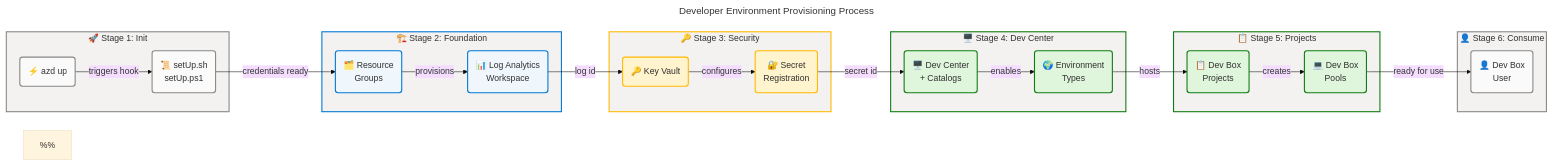
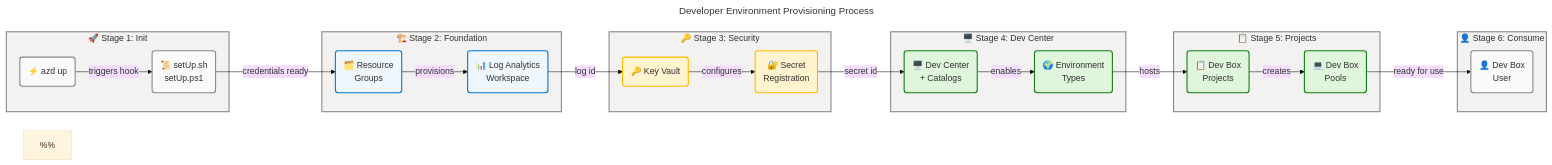
The third of 5 diagrams in docs/architecture/bus-arch.md (Evilazaro/DevExp-DevBox), drawn with Mermaid before and after one commit. The commit also changed other lines of this file and 3 other files, not shown here.

Commit message:
Refactor resource tables in tech-arch.md for improved readability and consistency; update color styles in flowcharts for better visual coherence.

````diff
--- a/docs/architecture/bus-arch.md
+++ b/docs/architecture/bus-arch.md
@@ -553,79 +553,79 @@
 ```mermaid
 ---
 title: "Developer Environment Provisioning Process"
 config:
   theme: base
   look: classic
   layout: dagre
   themeVariables:
     fontSize: '16px'
   flowchart:
     htmlLabels: true
 ---
 flowchart LR
     accTitle: Developer Environment Provisioning Business Process
     accDescr: Six-stage sequential provisioning flow from azd up command through credential setup, resource group creation, Log Analytics, Key Vault, Dev Center, projects and pools, to developer consumption. Nodes: T1=neutral, T2=neutral, F1=core, F2=core, S1=warning, S2=warning, W1=success, W2=success, P1=success, P2=success, D1=neutral. WCAG AA compliant.
 
     %%
     %% AZURE / FLUENT ARCHITECTURE PATTERN v2.0
     %% (Semantic + Structural + Font + Accessibility Governance)
     %%
     %% PHASE 1 - FLUENT UI: All styling uses approved Fluent UI palette only
     %% PHASE 2 - GROUPS: Every subgraph has semantic color via style directive
     %% PHASE 3 - COMPONENTS: Every node has semantic classDef + icon prefix
     %% PHASE 4 - ACCESSIBILITY: accTitle/accDescr present, WCAG AA contrast
     %% PHASE 5 - STANDARD: Governance block present, classDefs centralized
     %%
 
     subgraph init["🚀 Stage 1: Init"]
         T1("⚡ azd up"):::neutral
         T2("📜 setUp.sh<br/>setUp.ps1"):::neutral
     end
 
     subgraph found["🏗️ Stage 2: Foundation"]
         F1("🗂️ Resource<br/>Groups"):::core
         F2("📊 Log Analytics<br/>Workspace"):::core
     end
 
     subgraph secu["🔑 Stage 3: Security"]
         S1("🔑 Key Vault"):::warning
         S2("🔐 Secret<br/>Registration"):::warning
     end
 
     subgraph wl["🖥️ Stage 4: Dev Center"]
         W1("🖥️ Dev Center<br/>+ Catalogs"):::success
         W2("🌍 Environment<br/>Types"):::success
     end
 
     subgraph proj["📋 Stage 5: Projects"]
         P1("📋 Dev Box<br/>Projects"):::success
         P2("💻 Dev Box<br/>Pools"):::success
     end
 
     subgraph consume["👤 Stage 6: Consume"]
         D1("👤 Dev Box<br/>User"):::neutral
     end
 
     T1 -->|triggers hook| T2
     T2 -->|credentials ready| F1
     F1 -->|provisions| F2
     F2 -->|log id| S1
     S1 -->|configures| S2
     S2 -->|secret id| W1
     W1 -->|enables| W2
     W2 -->|hosts| P1
     P1 -->|creates| P2
     P2 -->|ready for use| D1
 
     classDef core fill:#EFF6FC,stroke:#0078D4,stroke-width:2px,color:#323130
     classDef success fill:#DFF6DD,stroke:#107C10,stroke-width:2px,color:#323130
     classDef neutral fill:#FAFAFA,stroke:#8A8886,stroke-width:2px,color:#323130
     classDef warning fill:#FFF4CE,stroke:#FFB900,stroke-width:2px,color:#323130
 
     style init fill:#F3F2F1,stroke:#8A8886,stroke-width:2px,color:#323130
-    style found fill:#F3F2F1,stroke:#0078D4,stroke-width:2px,color:#323130
-    style secu fill:#F3F2F1,stroke:#FFB900,stroke-width:2px,color:#323130
-    style wl fill:#F3F2F1,stroke:#107C10,stroke-width:2px,color:#323130
-    style proj fill:#F3F2F1,stroke:#107C10,stroke-width:2px,color:#323130
+    style found fill:#F3F2F1,stroke:#8A8886,stroke-width:2px,color:#323130
+    style secu fill:#F3F2F1,stroke:#8A8886,stroke-width:2px,color:#323130
+    style wl fill:#F3F2F1,stroke:#8A8886,stroke-width:2px,color:#323130
+    style proj fill:#F3F2F1,stroke:#8A8886,stroke-width:2px,color:#323130
     style consume fill:#F3F2F1,stroke:#8A8886,stroke-width:2px,color:#323130
 ```
````
